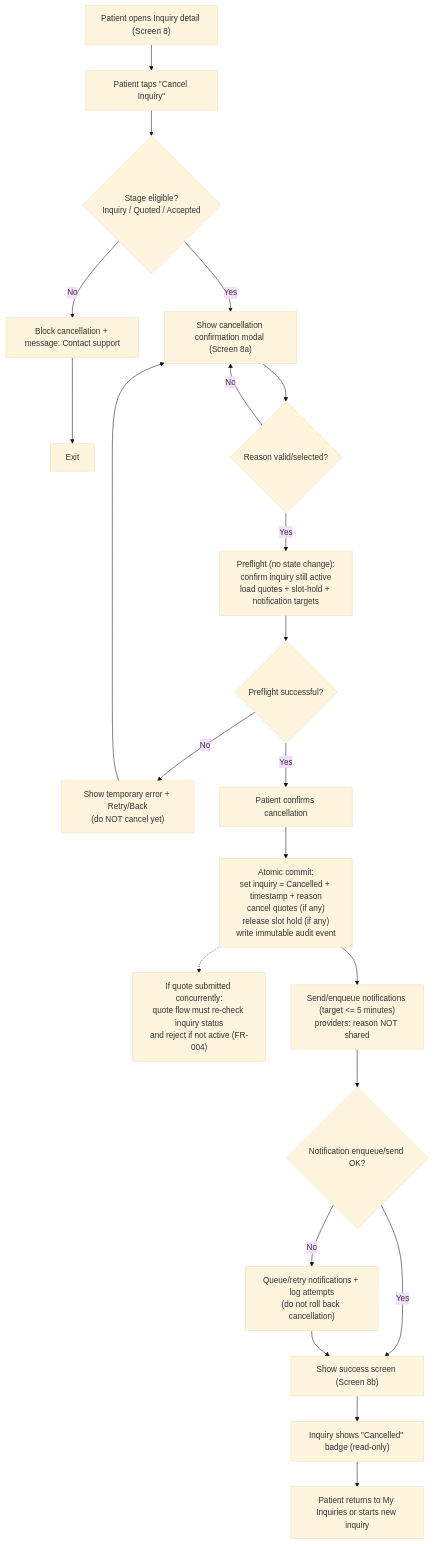
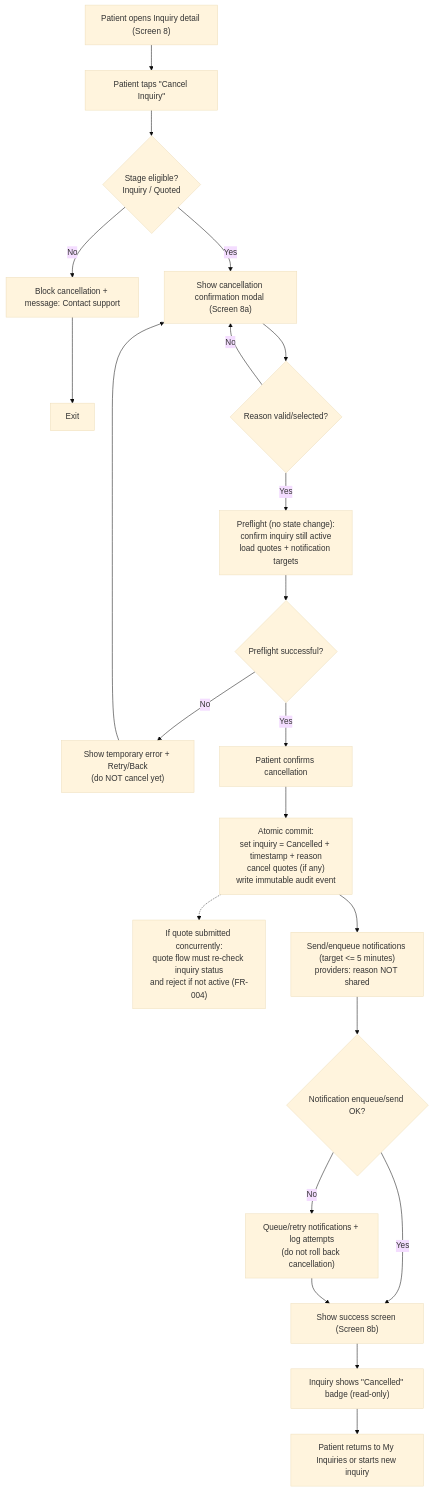
One commit to joachimtrungtuan/hairline-pm-docs changed diagram 13 of 15 in project-requirements/functional-requirements/fr003-inquiry-submission/prd.md. Above: the diagram before and after it, drawn with Mermaid (base theme). The commit also changed other lines of this file and 11 other files, not shown here.

First line of the commit message:
docs(quotes): apply MTG-002 final audit corrections to quote and inquiry FRs

````diff
--- a/project-requirements/functional-requirements/fr003-inquiry-submission/prd.md
+++ b/project-requirements/functional-requirements/fr003-inquiry-submission/prd.md
@@ -378,27 +378,27 @@
 ```mermaid
 flowchart TD
     Start["Patient opens Inquiry detail (Screen 8)"] --> Cancel["Patient taps &quot;Cancel Inquiry&quot;"]
-    Cancel --> CheckStage{"Stage eligible?<br/>Inquiry / Quoted / Accepted"}
+    Cancel --> CheckStage{"Stage eligible?<br/>Inquiry / Quoted"}
 
     CheckStage -->|No| Block["Block cancellation + message: Contact support"] --> End1["Exit"]
     CheckStage -->|Yes| Modal["Show cancellation confirmation modal (Screen 8a)"]
 
     Modal --> ReasonOk{"Reason valid/selected?"}
     ReasonOk -->|No| Modal
-    ReasonOk -->|Yes| Preflight["Preflight (no state change):<br/>confirm inquiry still active<br/>load quotes + slot-hold + notification targets"]
+    ReasonOk -->|Yes| Preflight["Preflight (no state change):<br/>confirm inquiry still active<br/>load quotes + notification targets"]
 
     Preflight --> PreflightOk{"Preflight successful?"}
     PreflightOk -->|No| PreflightErr["Show temporary error + Retry/Back<br/>(do NOT cancel yet)"] --> Modal
     PreflightOk -->|Yes| Confirm["Patient confirms cancellation"]
 
-    Confirm --> Commit["Atomic commit:<br/>set inquiry = Cancelled + timestamp + reason<br/>cancel quotes (if any)<br/>release slot hold (if any)<br/>write immutable audit event"]
+    Confirm --> Commit["Atomic commit:<br/>set inquiry = Cancelled + timestamp + reason<br/>cancel quotes (if any)<br/>write immutable audit event"]
     Commit -.-> Race["If quote submitted concurrently:<br/>quote flow must re-check inquiry status<br/>and reject if not active (FR-004)"]
 
     Commit --> Notify["Send/enqueue notifications (target &lt;= 5 minutes)<br/>providers: reason NOT shared"]
     Notify --> NotifyOk{"Notification enqueue/send OK?"}
     NotifyOk -->|Yes| Success["Show success screen (Screen 8b)"]
     NotifyOk -->|No| NotifyFallback["Queue/retry notifications + log attempts<br/>(do not roll back cancellation)"] --> Success
 
     Success --> ReadOnly["Inquiry shows &quot;Cancelled&quot; badge (read-only)"]
     ReadOnly --> End2["Patient returns to My Inquiries or starts new inquiry"]
 ```
````
